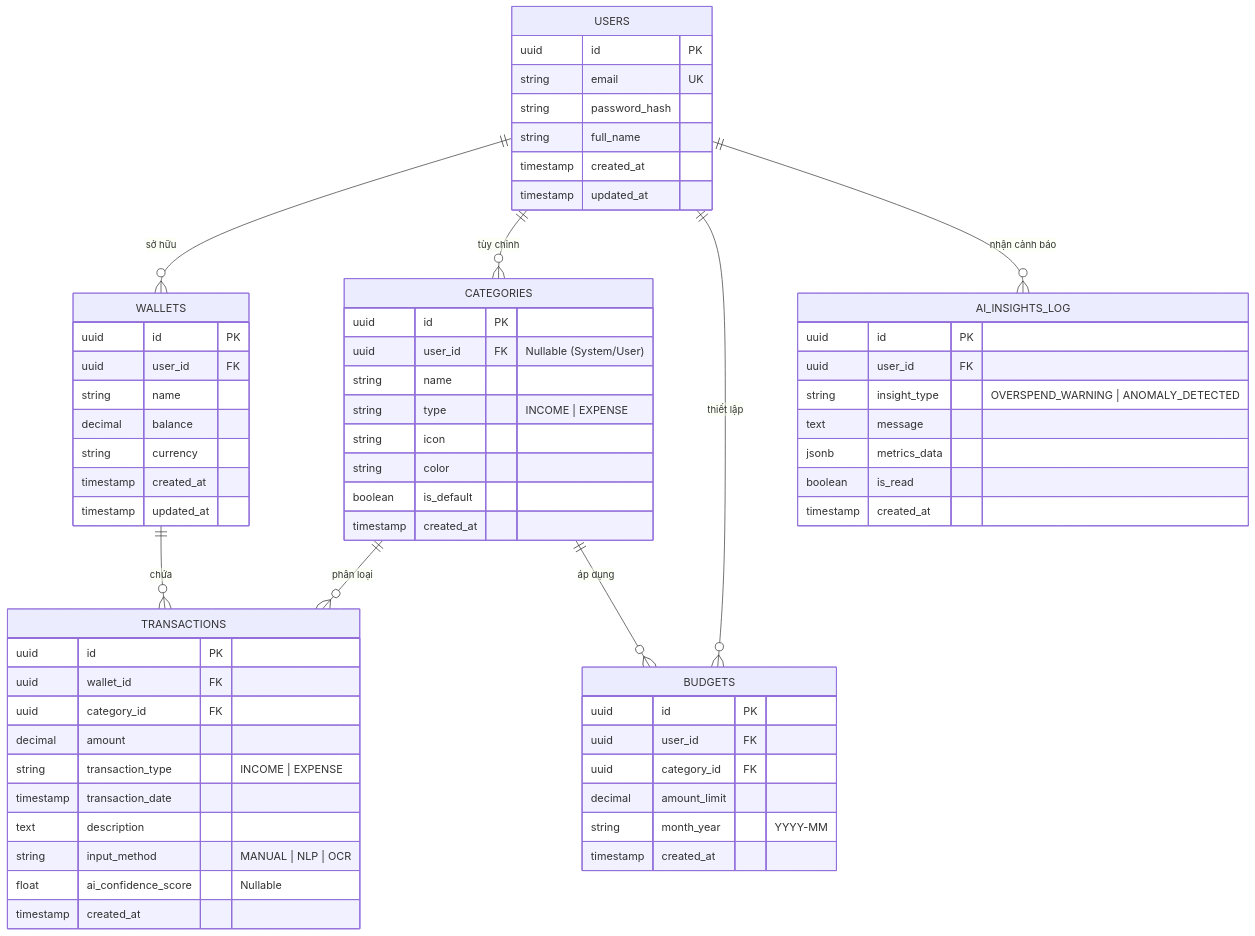
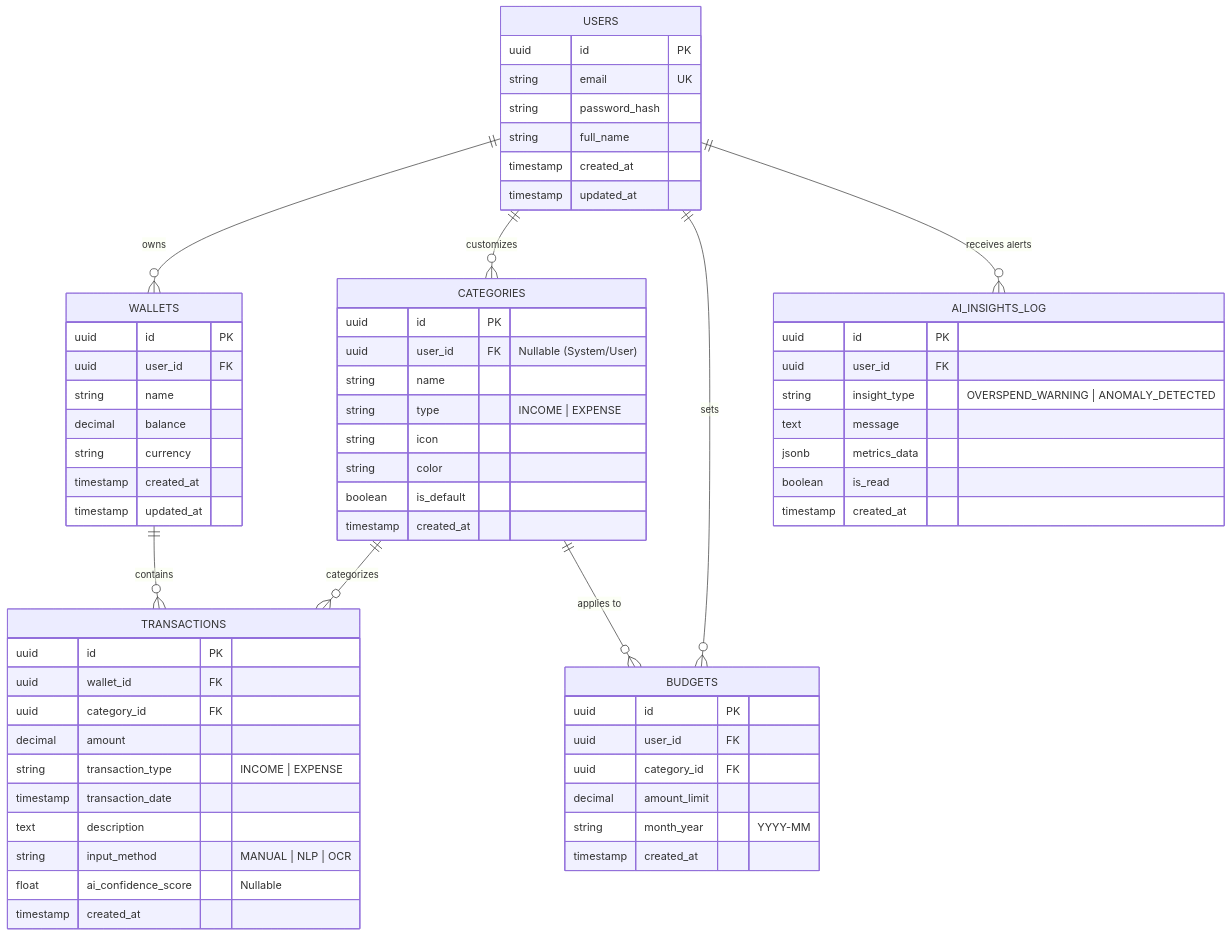
The diagram in docs/architecture/DATABASE_SCHEMA.md (pie-12/budgetly), drawn with Mermaid before and after one commit. The commit also changed other lines of this file and 10 other files, not shown here.

````diff
--- a/docs/architecture/DATABASE_SCHEMA.md
+++ b/docs/architecture/DATABASE_SCHEMA.md
@@ -9,73 +9,73 @@
 ```mermaid
 erDiagram
-    USERS ||--o{ WALLETS : "sở hữu"
-    USERS ||--o{ CATEGORIES : "tùy chỉnh"
-    USERS ||--o{ BUDGETS : "thiết lập"
-    USERS ||--o{ AI_INSIGHTS_LOG : "nhận cảnh báo"
+    USERS ||--o{ WALLETS : "owns"
+    USERS ||--o{ CATEGORIES : "customizes"
+    USERS ||--o{ BUDGETS : "sets"
+    USERS ||--o{ AI_INSIGHTS_LOG : "receives alerts"
 
-    WALLETS ||--o{ TRANSACTIONS : "chứa"
-    CATEGORIES ||--o{ TRANSACTIONS : "phân loại"
-    CATEGORIES ||--o{ BUDGETS : "áp dụng"
+    WALLETS ||--o{ TRANSACTIONS : "contains"
+    CATEGORIES ||--o{ TRANSACTIONS : "categorizes"
+    CATEGORIES ||--o{ BUDGETS : "applies to"
 
     USERS {
         uuid id PK
         string email UK
         string password_hash
         string full_name
         timestamp created_at
         timestamp updated_at
     }
 
     WALLETS {
         uuid id PK
         uuid user_id FK
         string name
         decimal balance
         string currency
         timestamp created_at
         timestamp updated_at
     }
 
     CATEGORIES {
         uuid id PK
         uuid user_id FK "Nullable (System/User)"
         string name
         string type "INCOME | EXPENSE"
         string icon
         string color
         boolean is_default
         timestamp created_at
     }
 
     TRANSACTIONS {
         uuid id PK
         uuid wallet_id FK
         uuid category_id FK
         decimal amount
         string transaction_type "INCOME | EXPENSE"
         timestamp transaction_date
         text description
         string input_method "MANUAL | NLP | OCR"
         float ai_confidence_score "Nullable"
         timestamp created_at
     }
 
     BUDGETS {
         uuid id PK
         uuid user_id FK
         uuid category_id FK
         decimal amount_limit
         string month_year "YYYY-MM"
         timestamp created_at
     }
 
     AI_INSIGHTS_LOG {
         uuid id PK
         uuid user_id FK
         string insight_type "OVERSPEND_WARNING | ANOMALY_DETECTED"
         text message
         jsonb metrics_data
         boolean is_read
         timestamp created_at
     }
 ```
````
